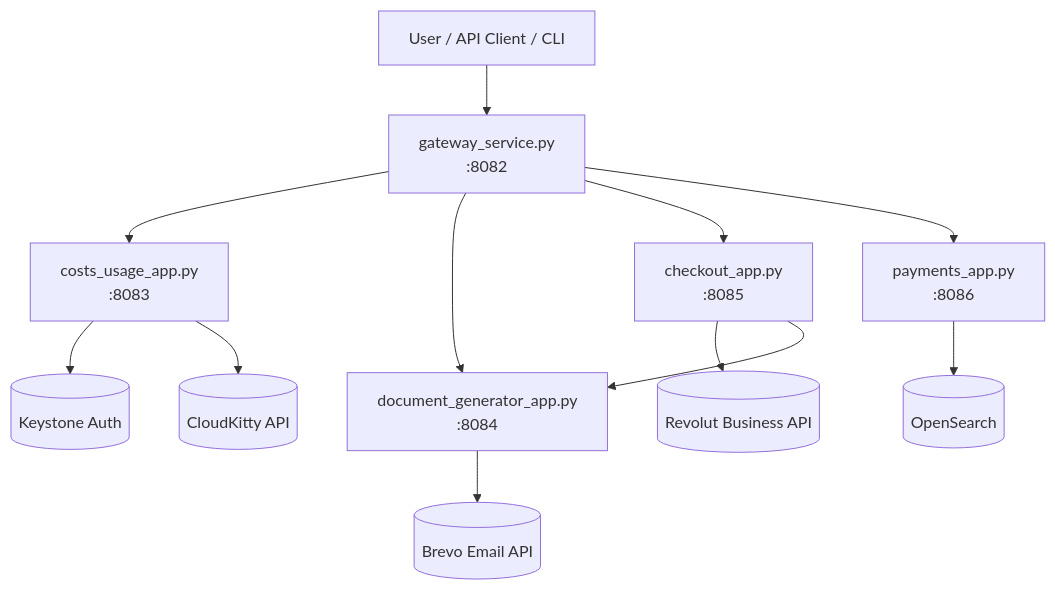
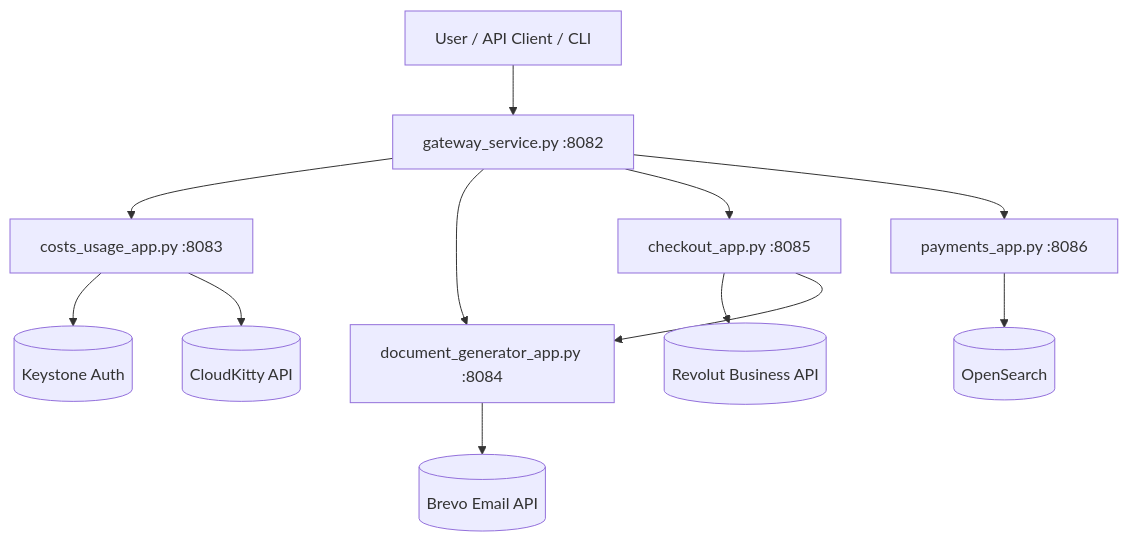
The diagram in docs/architecture-overview.md (mogindi/yggdrasil_finops), drawn with Mermaid before and after one commit.

Commit message:
Update architecture mermaid labels to remove escaped newlines

````diff
--- a/docs/architecture-overview.md
+++ b/docs/architecture-overview.md
@@ -7,28 +7,28 @@
 ```mermaid
 graph TD
     U[User / API Client / CLI]
-    G[gateway_service.py\n:8082]
-    C[costs_usage_app.py\n:8083]
-    D[document_generator_app.py\n:8084]
-    K[checkout_app.py\n:8085]
-    P[payments_app.py\n:8086]
+    G[gateway_service.py :8082]
+    C[costs_usage_app.py :8083]
+    D[document_generator_app.py :8084]
+    K[checkout_app.py :8085]
+    P[payments_app.py :8086]
 
     CK[(CloudKitty API)]
     KS[(Keystone Auth)]
     OP[(OpenSearch)]
     RV[(Revolut Business API)]
     BR[(Brevo Email API)]
 
     U --> G
     G --> C
     G --> D
     G --> K
     G --> P
 
     C --> KS
     C --> CK
     P --> OP
     K --> RV
     K --> D
     D --> BR
 ```
````
